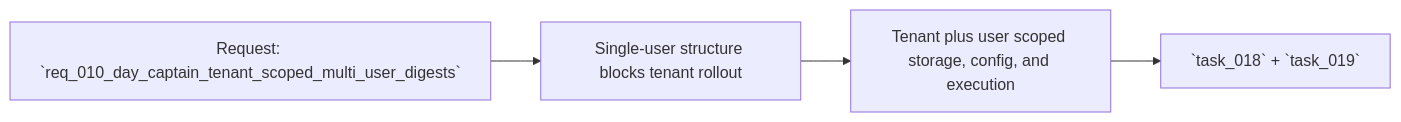
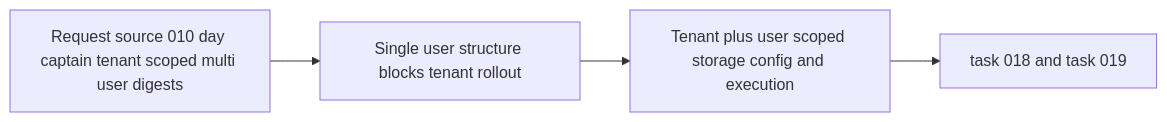
The diagram in logics/backlog/item_010_day_captain_tenant_scoped_multi_user_digests.md (AlexAgo83/day-captain), drawn with Mermaid before and after one commit. The commit also changed 40 other files, not shown here.

Commit message:
Normalize Logics Mermaid diagrams

````diff
--- a/logics/backlog/item_010_day_captain_tenant_scoped_multi_user_digests.md
+++ b/logics/backlog/item_010_day_captain_tenant_scoped_multi_user_digests.md
@@ -31,6 +31,6 @@
 ```mermaid
 flowchart LR
-    Req[Request: `req_010_day_captain_tenant_scoped_multi_user_digests`] --> Problem[Single-user structure blocks tenant rollout]
-    Problem --> Scope[Tenant plus user scoped storage, config, and execution]
-    Scope --> Tasks[`task_018` + `task_019`]
+    Req[Request source 010 day captain tenant scoped multi user digests] --> Problem[Single user structure blocks tenant rollout]
+    Problem --> Scope[Tenant plus user scoped storage config and execution]
+    Scope --> Tasks[task 018 and task 019]
 ```
````
